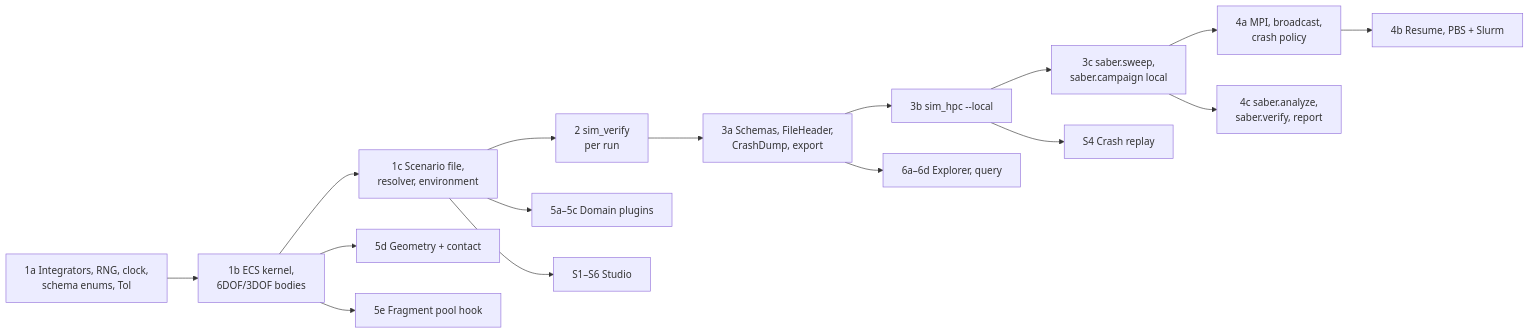
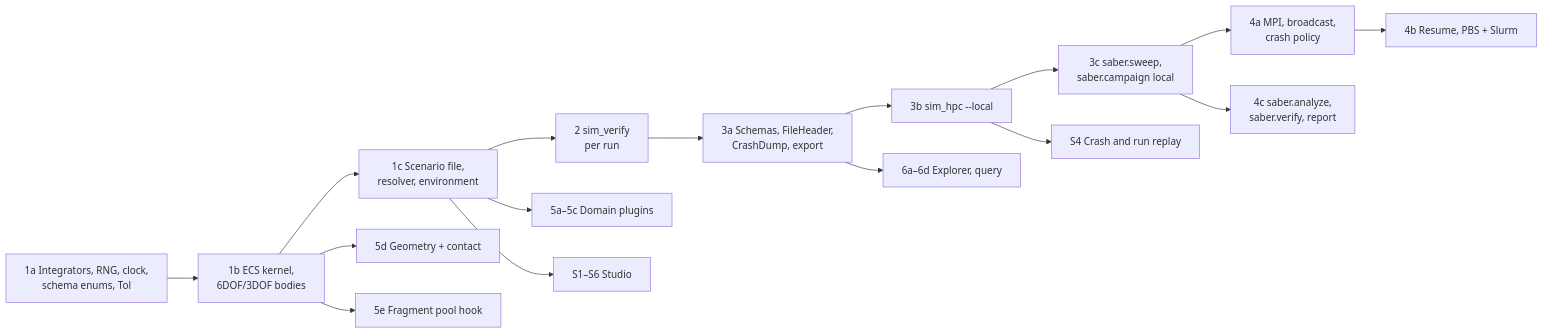
The diagram in docs/build-plan.md (Schmiedium/SABER), drawn with Mermaid before and after one commit. The commit also changed other lines of this file and 158 other files, not shown here.

````diff
--- a/docs/build-plan.md
+++ b/docs/build-plan.md
@@ -22,18 +22,18 @@
 ```mermaid
 flowchart LR
     s1a["1a Integrators, RNG, clock,<br/>schema enums, Tol"] --> s1b["1b ECS kernel,<br/>6DOF/3DOF bodies"]
     s1b --> s1c["1c Scenario file,<br/>resolver, environment"]
     s1c --> s2["2 sim_verify<br/>per run"]
     s2 --> s3a["3a Schemas, FileHeader,<br/>CrashDump, export"]
     s3a --> s3b["3b sim_hpc --local"]
     s3b --> s3c["3c saber.sweep,<br/>saber.campaign local"]
     s3c --> s4a["4a MPI, broadcast,<br/>crash policy"]
     s4a --> s4b["4b Resume, PBS + Slurm"]
     s3c --> s4c["4c saber.analyze,<br/>saber.verify, report"]
     s1c --> s5["5a–5c Domain plugins"]
     s1b --> s5d["5d Geometry + contact"]
     s1b --> s5e["5e Fragment pool hook"]
     s1c --> sS["S1–S6 Studio"]
-    s3b --> sS4["S4 Crash replay"]
+    s3b --> sS4["S4 Crash and run replay"]
     s3a --> s6["6a–6d Explorer, query"]
 ```
````
